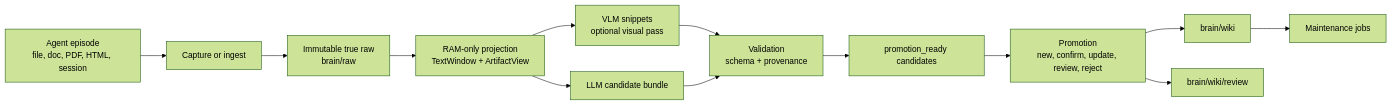
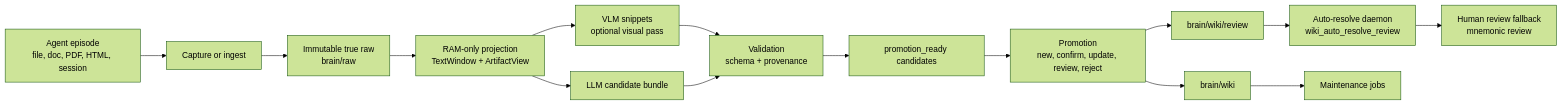
The second of 4 diagrams in README.md (Jianyu010/MnemonicOS), drawn with Mermaid (forest theme) before and after one commit. The commit also changed other lines of this file and 9 other files, not shown here.

````diff
--- a/README.md
+++ b/README.md
@@ -98,15 +98,17 @@
 ```mermaid
 flowchart LR
     A["Agent episode<br/>file, doc, PDF, HTML, session"] --> B["Capture or ingest"]
     B --> C["Immutable true raw<br/>brain/raw"]
     C --> D["RAM-only projection<br/>TextWindow + ArtifactView"]
     D --> E["VLM snippets<br/>optional visual pass"]
     D --> F["LLM candidate bundle"]
     E --> G["Validation<br/>schema + provenance"]
     F --> G
     G --> H["promotion_ready candidates"]
     H --> I["Promotion<br/>new, confirm, update, review, reject"]
     I --> J["brain/wiki"]
     I --> K["brain/wiki/review"]
+    K --> AR["Auto-resolve daemon<br/>wiki_auto_resolve_review"]
+    AR --> R["Human review fallback<br/>mnemonic review"]
     J --> L["Maintenance jobs"]
 ```
````
